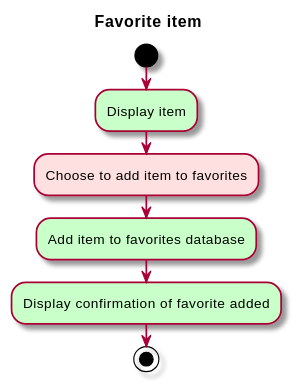
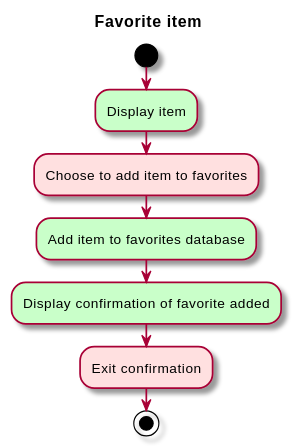
One commit to sashap100/Vassar-Dining-App changed the diagram in intellij/doc/use-cases/favorite-item.md. Above: the diagram before and after it, drawn with PlantUML. The commit also changed other lines of this file and 2 other files, not shown here.

````diff
--- a/intellij/doc/use-cases/favorite-item.md
+++ b/intellij/doc/use-cases/favorite-item.md
@@ -5,14 +22,15 @@
 ```plantuml
 @startuml
 
 skin rose
 title Favorite item
 
 start
 #technology:Display item;
 #implementation:Choose to add item to favorites;
 #technology:Add item to favorites database;
 #technology:Display confirmation of favorite added;
+#implementation:Exit confirmation;
 stop
 @enduml
 ```
````
